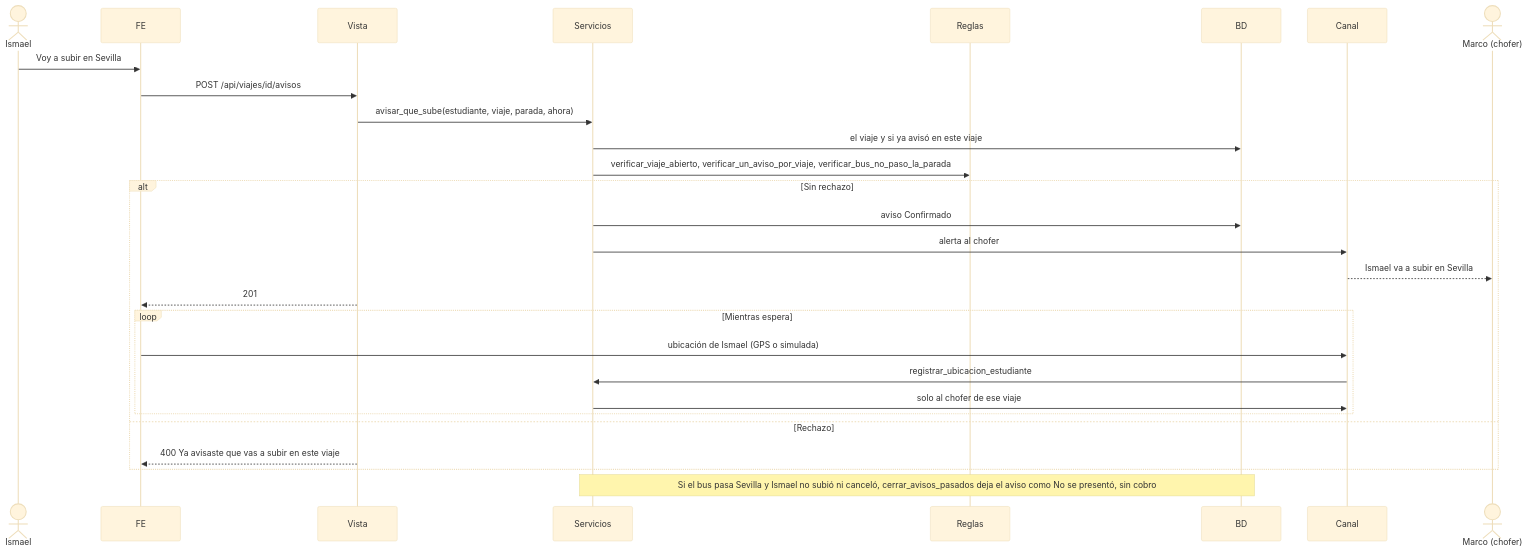
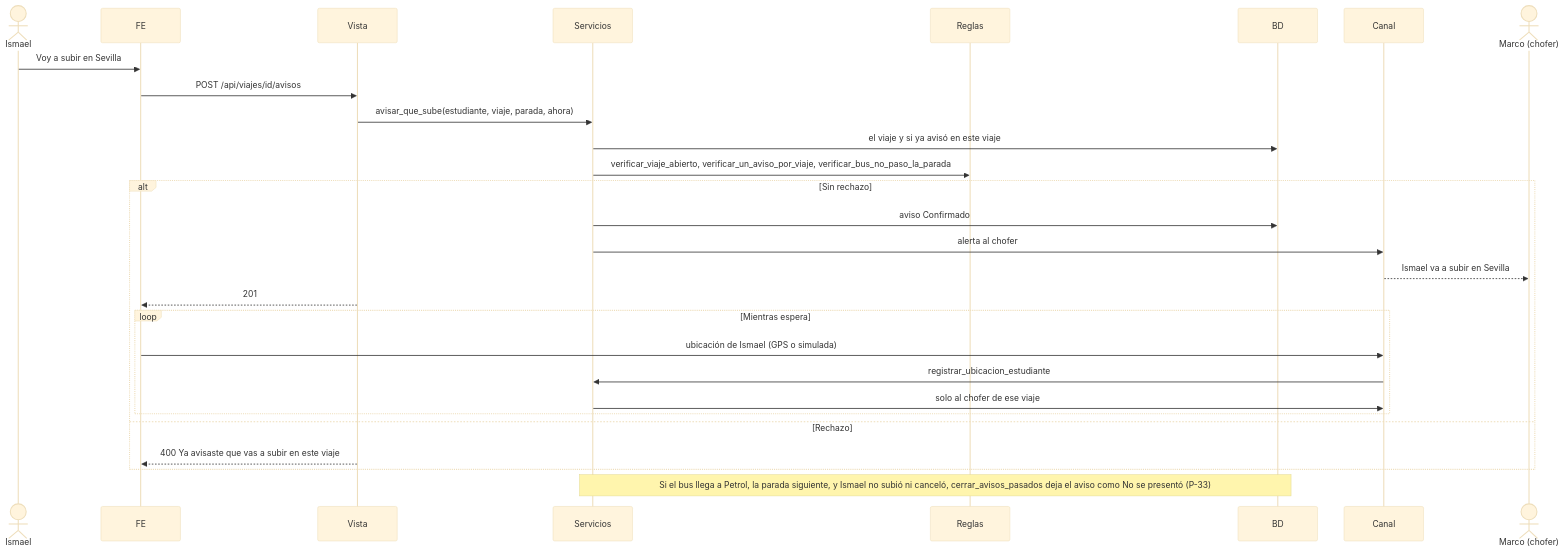
The seventh of 19 diagrams in docs/diagramas-secuencia.md (hugozuniga770/UPBus), drawn with Mermaid (base theme) before and after one commit. The commit also changed other lines of this file and 8 other files, not shown here.

````diff
--- a/docs/diagramas-secuencia.md
+++ b/docs/diagramas-secuencia.md
@@ -197,30 +197,30 @@
 ```mermaid
 sequenceDiagram
     actor E as Ismael
     participant FE
     participant V as Vista
     participant S as Servicios
     participant R as Reglas
     participant B as BD
     participant W as Canal
     actor C as Marco (chofer)
     E->>FE: Voy a subir en Sevilla
     FE->>V: POST /api/viajes/id/avisos
     V->>S: avisar_que_sube(estudiante, viaje, parada, ahora)
     S->>B: el viaje y si ya avisó en este viaje
     S->>R: verificar_viaje_abierto, verificar_un_aviso_por_viaje, verificar_bus_no_paso_la_parada
     alt Sin rechazo
         S->>B: aviso Confirmado
         S->>W: alerta al chofer
         W-->>C: Ismael va a subir en Sevilla
         V-->>FE: 201
         loop Mientras espera
             FE->>W: ubicación de Ismael (GPS o simulada)
             W->>S: registrar_ubicacion_estudiante
             S->>W: solo al chofer de ese viaje
         end
     else Rechazo
         V-->>FE: 400 Ya avisaste que vas a subir en este viaje
     end
-    Note over S,B: Si el bus pasa Sevilla y Ismael no subió ni canceló, cerrar_avisos_pasados deja el aviso como No se presentó, sin cobro
+    Note over S,B: Si el bus llega a Petrol, la parada siguiente, y Ismael no subió ni canceló, cerrar_avisos_pasados deja el aviso como No se presentó (P-33)
 ```
````
